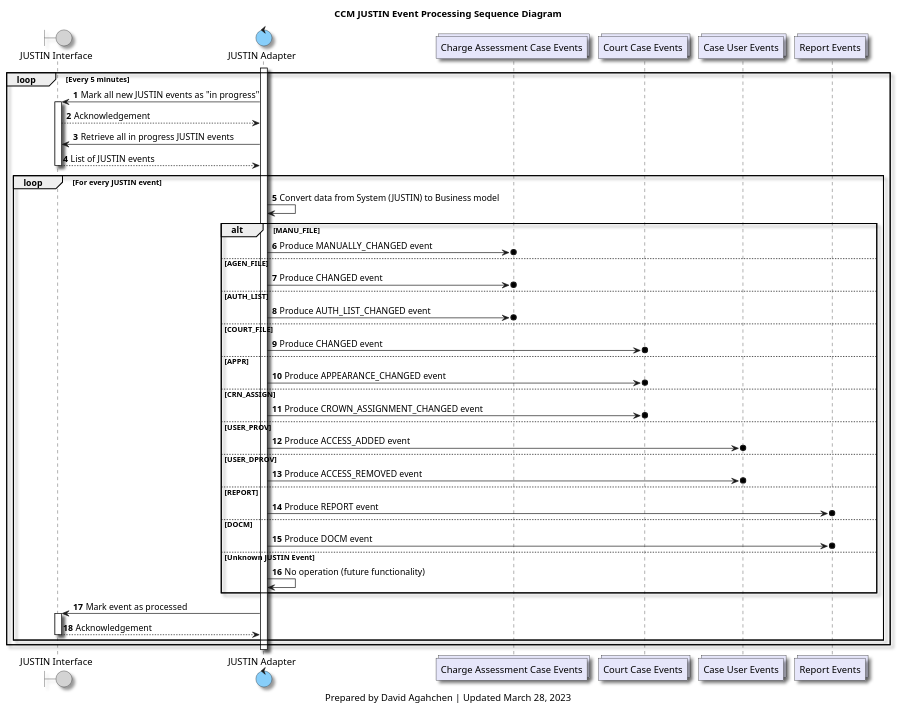
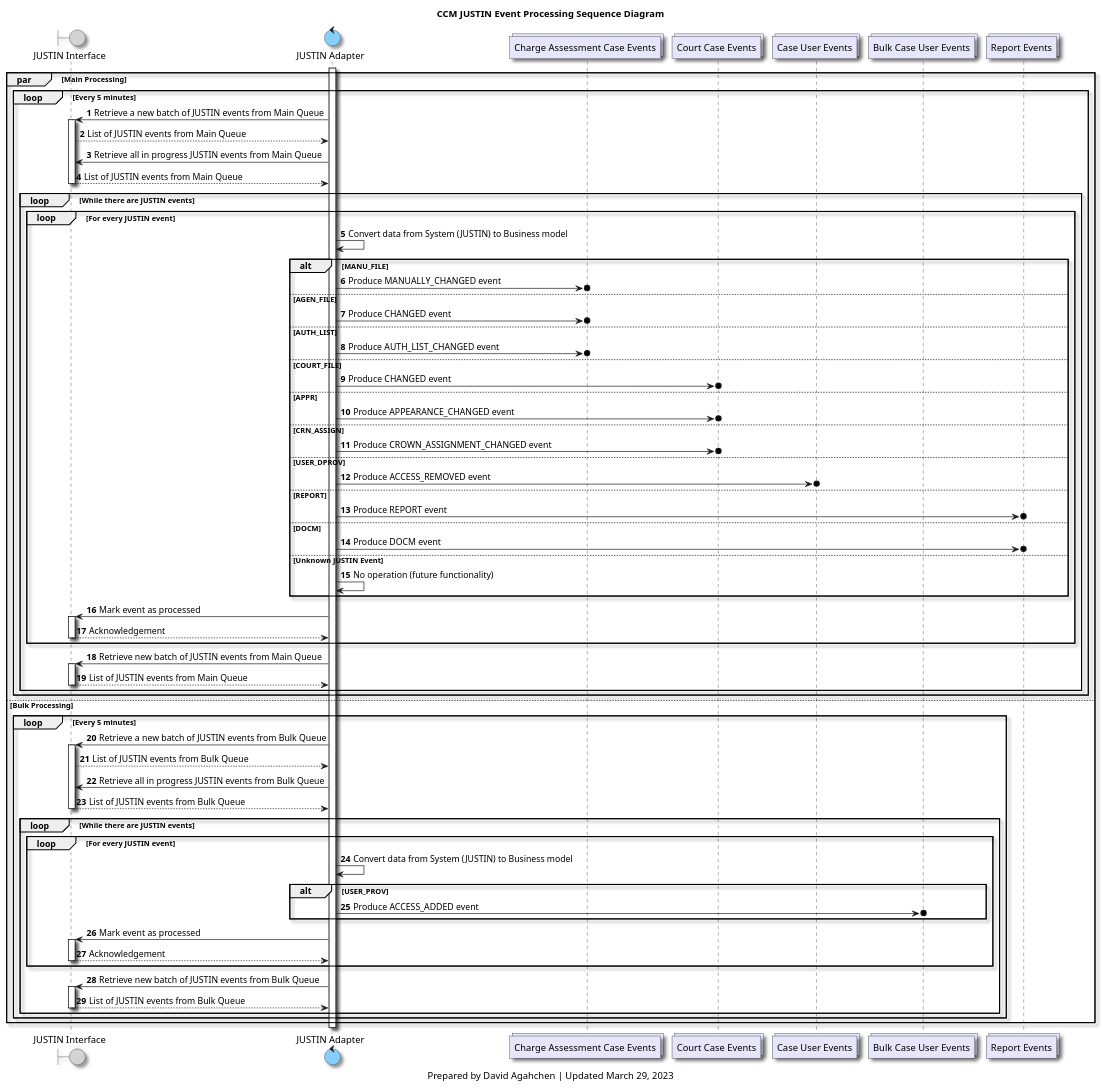
The diagram in diagrams/ccm_justin_event_processing_sequence_diagram.plantuml (bcgov/jpss-jade-ccm), drawn with PlantUML before and after one commit. The commit also changed 1 other file, not shown here.

Commit message:
diagram updated

```diff
--- a/diagrams/ccm_justin_event_processing_sequence_diagram.plantuml
+++ b/diagrams/ccm_justin_event_processing_sequence_diagram.plantuml
@@ -1,71 +1,112 @@
 @startuml
 'hide footbox
 
 skinparam Shadowing true
 skinparam CollectionsBackgroundColor Lavender
 skinparam ControlBackgroundColor LightSkyBlue
 skinparam BoundaryBackgroundColor LightGrey
 
 /' 
 Available colours
 https://plantuml-documentation.readthedocs.io/en/latest/formatting/color-names.html
 '/
 
 boundary j_interface as "JUSTIN Interface"
 control j_adapter as "JUSTIN Adapter"
 collections charge_assessment_cases_topic as "Charge Assessment Case Events"
 collections court_cases_topic as "Court Case Events"
 collections case_users_topic as "Case User Events"
+collections bulk_case_users_topic as "Bulk Case User Events"
 collections reports_topic as "Report Events"
 
 title
 CCM JUSTIN Event Processing Sequence Diagram
 end title
 
 autonumber
 
 activate j_adapter
-loop Every 5 minutes
-    j_adapter-> j_interface: Mark all new JUSTIN events as "in progress"
-    activate j_interface
-    j_interface --> j_adapter: Acknowledgement
-    j_adapter-> j_interface: Retrieve all in progress JUSTIN events
-    j_interface --> j_adapter: List of JUSTIN events
-    deactivate j_interface
-    loop For every JUSTIN event
-        j_adapter -> j_adapter: Convert data from System (JUSTIN) to Business model
-        alt MANU_FILE
-            j_adapter ->o charge_assessment_cases_topic: Produce MANUALLY_CHANGED event
-        else AGEN_FILE
-            j_adapter ->o charge_assessment_cases_topic: Produce CHANGED event
-        else AUTH_LIST
-            j_adapter ->o charge_assessment_cases_topic: Produce AUTH_LIST_CHANGED event
-        else COURT_FILE
-            j_adapter ->o court_cases_topic: Produce CHANGED event
-        else APPR
-            j_adapter ->o court_cases_topic: Produce APPEARANCE_CHANGED event
-        else CRN_ASSIGN
-            j_adapter ->o court_cases_topic: Produce CROWN_ASSIGNMENT_CHANGED event
-        else USER_PROV
-            j_adapter ->o case_users_topic: Produce ACCESS_ADDED event
-        else USER_DPROV
-            j_adapter ->o case_users_topic: Produce ACCESS_REMOVED event
-        else REPORT
-            j_adapter ->o reports_topic: Produce REPORT event
-        else DOCM
-            j_adapter ->o reports_topic: Produce DOCM event
-        else Unknown JUSTIN Event
-            j_adapter -> j_adapter: No operation (future functionality)
+
+par Main Processing
+
+    loop Every 5 minutes
+        j_adapter-> j_interface: Retrieve a new batch of JUSTIN events from Main Queue
+        activate j_interface
+        j_interface --> j_adapter: List of JUSTIN events from Main Queue
+        j_adapter-> j_interface: Retrieve all in progress JUSTIN events from Main Queue
+        j_interface --> j_adapter: List of JUSTIN events from Main Queue
+        deactivate j_interface
+
+        loop While there are JUSTIN events
+            loop For every JUSTIN event
+                j_adapter -> j_adapter: Convert data from System (JUSTIN) to Business model
+                alt MANU_FILE
+                    j_adapter ->o charge_assessment_cases_topic: Produce MANUALLY_CHANGED event
+                else AGEN_FILE
+                    j_adapter ->o charge_assessment_cases_topic: Produce CHANGED event
+                else AUTH_LIST
+                    j_adapter ->o charge_assessment_cases_topic: Produce AUTH_LIST_CHANGED event
+                else COURT_FILE
+                    j_adapter ->o court_cases_topic: Produce CHANGED event
+                else APPR
+                    j_adapter ->o court_cases_topic: Produce APPEARANCE_CHANGED event
+                else CRN_ASSIGN
+                    j_adapter ->o court_cases_topic: Produce CROWN_ASSIGNMENT_CHANGED event
+                else USER_DPROV
+                    j_adapter ->o case_users_topic: Produce ACCESS_REMOVED event
+                else REPORT
+                    j_adapter ->o reports_topic: Produce REPORT event
+                else DOCM
+                    j_adapter ->o reports_topic: Produce DOCM event
+                else Unknown JUSTIN Event
+                    j_adapter -> j_adapter: No operation (future functionality)
+                end
+                j_adapter -> j_interface: Mark event as processed
+                activate j_interface
+                j_interface --> j_adapter: Acknowledgement
+                deactivate j_interface
+            end
+
+            j_adapter-> j_interface: Retrieve new batch of JUSTIN events from Main Queue
+            activate j_interface
+            j_interface --> j_adapter: List of JUSTIN events from Main Queue
+            deactivate j_interface
         end
-        j_adapter -> j_interface: Mark event as processed
+    end
+
+else Bulk Processing
+
+    loop Every 5 minutes
+        j_adapter-> j_interface: Retrieve a new batch of JUSTIN events from Bulk Queue
         activate j_interface
-        j_interface --> j_adapter: Acknowledgement
+        j_interface --> j_adapter: List of JUSTIN events from Bulk Queue
+        j_adapter-> j_interface: Retrieve all in progress JUSTIN events from Bulk Queue
+        j_interface --> j_adapter: List of JUSTIN events from Bulk Queue
         deactivate j_interface
+
+        loop While there are JUSTIN events
+            loop For every JUSTIN event
+                j_adapter -> j_adapter: Convert data from System (JUSTIN) to Business model
+                alt USER_PROV
+                    j_adapter ->o bulk_case_users_topic: Produce ACCESS_ADDED event
+                end
+                j_adapter -> j_interface: Mark event as processed
+                activate j_interface
+                j_interface --> j_adapter: Acknowledgement
+                deactivate j_interface
+            end
+
+            j_adapter-> j_interface: Retrieve new batch of JUSTIN events from Bulk Queue
+            activate j_interface
+            j_interface --> j_adapter: List of JUSTIN events from Bulk Queue
+            deactivate j_interface
+        end
     end
+
 end
 deactivate j_adapter
 
 caption
-Prepared by David Agahchen | Updated March 28, 2023
+Prepared by David Agahchen | Updated March 29, 2023
 end caption
 @enduml
```
